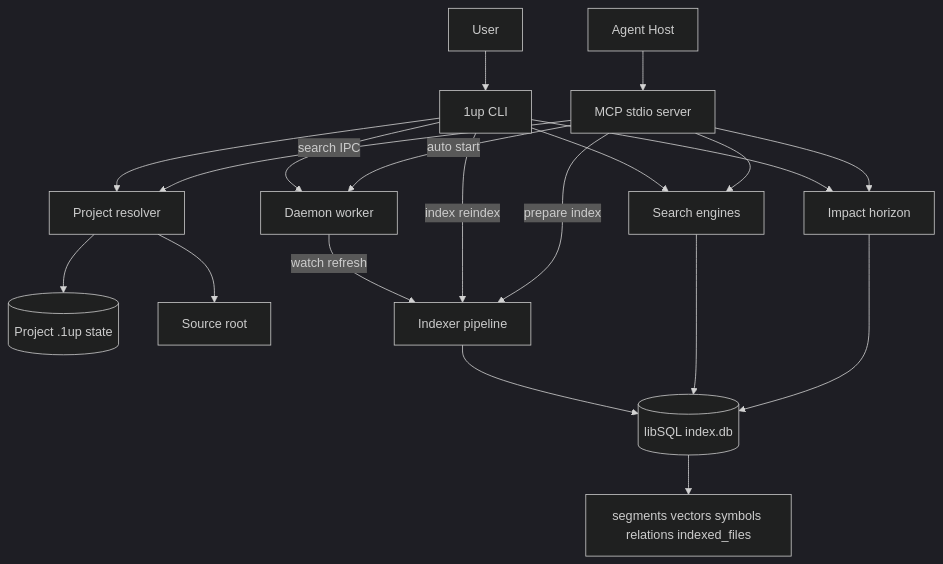
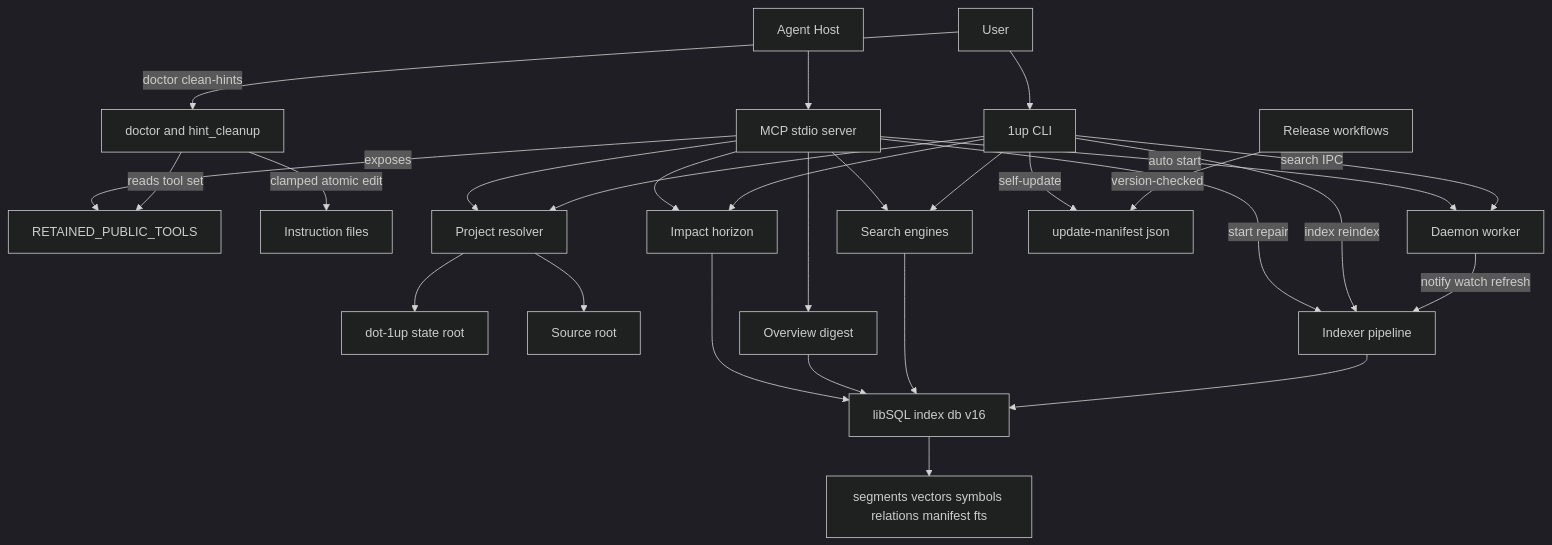
One commit to rp1-run/1up changed the first of 2 diagrams in .rp1/context/architecture.md. Above: the diagram before and after it, drawn with Mermaid (dark theme). The commit also changed other lines of this file and 24 other files, not shown here.

First line of the commit message:
feat: harden agent-hint delivery — drift fix, single-source guidance, doctor --clean-hints, version guards (#61)

````diff
--- a/.rp1/context/architecture.md
+++ b/.rp1/context/architecture.md
@@ -138,22 +31,30 @@
 ```mermaid
 graph TB
     User[User] --> CLI[1up CLI]
     Host[Agent Host] --> MCP[MCP stdio server]
+    User -->|doctor clean-hints| Doctor[doctor and hint_cleanup]
+    Doctor -->|reads tool set| Retained[RETAINED_PUBLIC_TOOLS]
+    MCP -->|exposes| Retained
+    Doctor -->|clamped atomic edit| Instr[Instruction files]
     CLI --> Project[Project resolver]
     MCP --> Project
-    Project --> State[(Project .1up state)]
+    Project --> State[dot-1up state root]
     Project --> Source[Source root]
     CLI -->|search IPC| Daemon[Daemon worker]
     MCP -->|auto start| Daemon
-    Daemon -->|watch refresh| Indexer[Indexer pipeline]
+    Daemon -->|notify watch refresh| Indexer[Indexer pipeline]
     CLI -->|index reindex| Indexer
-    MCP -->|prepare index| Indexer
-    Indexer --> Storage[(libSQL index.db)]
+    MCP -->|start repair| Indexer
+    Indexer --> Storage[libSQL index db v16]
     CLI --> Search[Search engines]
     MCP --> Search
+    MCP --> Overview[Overview digest]
     Search --> Storage
+    Overview --> Storage
     CLI --> Impact[Impact horizon]
     MCP --> Impact
     Impact --> Storage
-    Storage --> Tables[segments vectors symbols relations indexed_files]
+    Storage --> Tables[segments vectors symbols relations manifest fts]
+    Release[Release workflows] -->|version-checked| Manifest[update-manifest json]
+    CLI -->|self-update| Manifest
 ```
````
